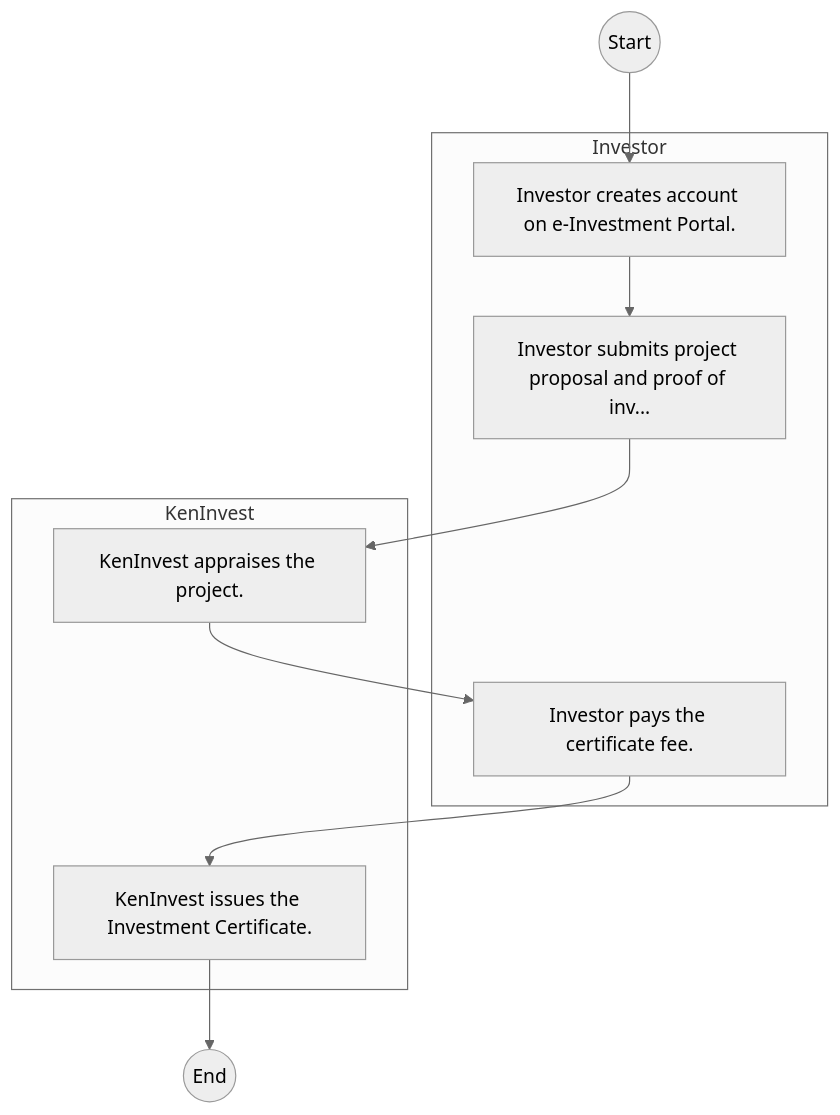
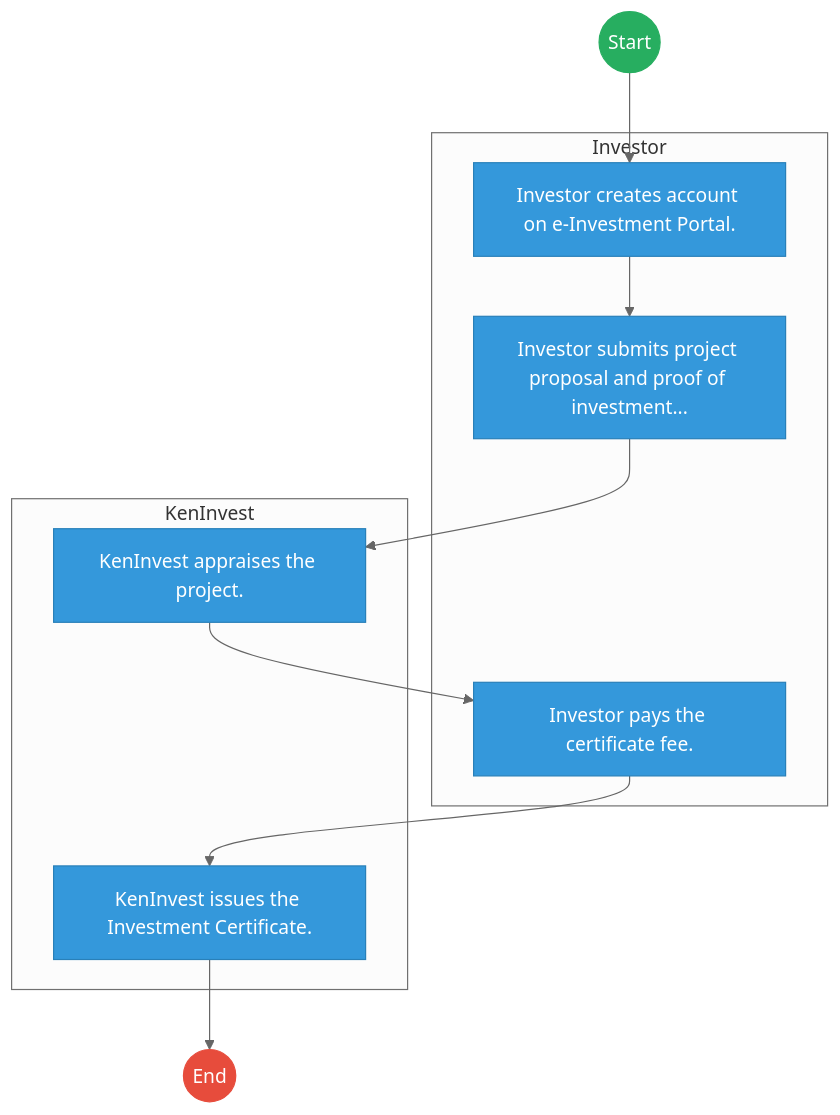
Before and after one commit to BITZ-IT-Consulting-LTD/ictapoc: the first of 2 diagrams in mdas/docs_final/Kenya_Investment_Authority___Service_Delivery.md, drawn with Mermaid (neutral theme). The commit also changed other lines of this file and 461 other files, not shown here.

````diff
--- a/mdas/docs_final/Kenya_Investment_Authority___Service_Delivery.md
+++ b/mdas/docs_final/Kenya_Investment_Authority___Service_Delivery.md
@@ -20,18 +20,29 @@
 ```mermaid
 graph TD
     Start((Start)) --> S1
+
     subgraph Investor [Investor]
         S1["Investor creates account on e-Investment Portal."]
-        S2["Investor submits project proposal and proof of inv..."]
+        S2["Investor submits project proposal and proof of investment..."]
         S4["Investor pays the certificate fee."]
     end
+
     subgraph KenInvest [KenInvest]
         S3["KenInvest appraises the project."]
         S5["KenInvest issues the Investment Certificate."]
     end
     S1 --> S2
     S2 --> S3
     S3 --> S4
     S4 --> S5
     S5 --> End((End))
+
+    classDef start fill:#27ae60,stroke:#27ae60,color:#fff;
+    classDef endNode fill:#e74c3c,stroke:#e74c3c,color:#fff;
+    classDef userTask fill:#3498db,stroke:#2980b9,color:#fff;
+    classDef serviceTask fill:#9b59b6,stroke:#8e44ad,color:#fff;
+
+    class Start start;
+    class End endNode;
+    class S1,S2,S3,S4,S5 userTask;
 ```
````
